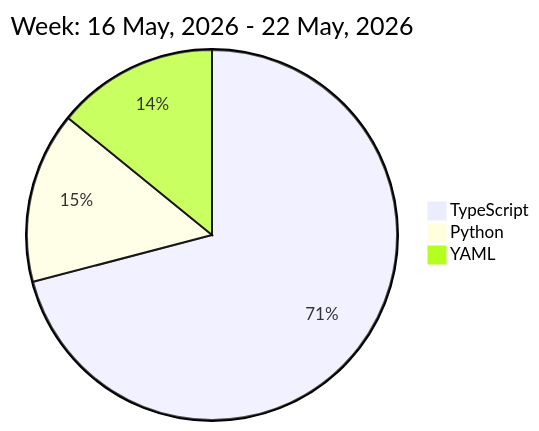
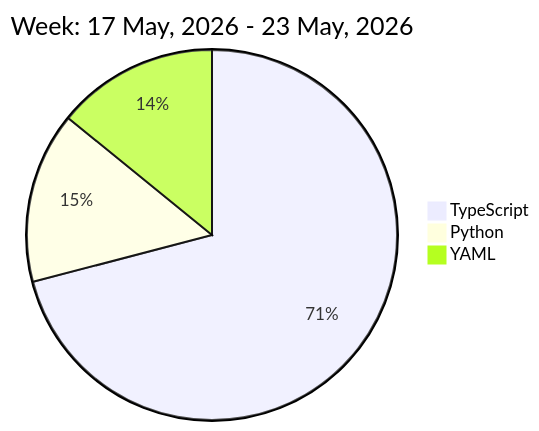
One commit to liubin95/liubin95 changed the diagram in README.md. Above: the diagram before and after it, drawn with Mermaid.

Commit message:
Updated the Graph with new Metrics

````diff
--- a/README.md
+++ b/README.md
@@ -32,7 +32,7 @@
 ```mermaid
  pie
-title Week: 16 May, 2026 - 22 May, 2026
+title Week: 17 May, 2026 - 23 May, 2026
  "TypeScript" : 13.15
  "Python" : 2.77
  "YAML" : 2.62
 ```
````
